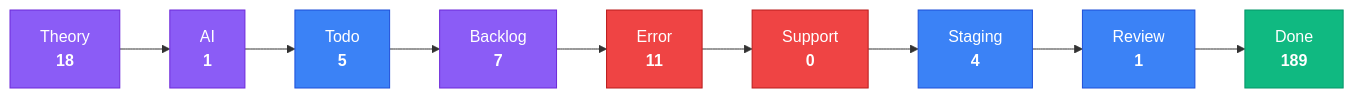
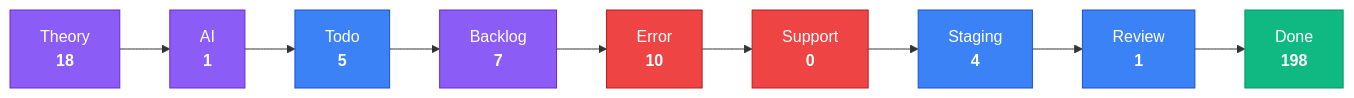
Before and after one commit to KBVE/kbve: the third of 4 diagrams in apps/kbve/astro-kbve/src/content/docs/dashboard/kanban.mdx, drawn with Mermaid. The commit also changed other lines of this file and 4 other files, not shown here.

````diff
--- a/apps/kbve/astro-kbve/src/content/docs/dashboard/kanban.mdx
+++ b/apps/kbve/astro-kbve/src/content/docs/dashboard/kanban.mdx
@@ -80,28 +80,28 @@
 ```mermaid
 flowchart LR
     classDef planning fill:#8b5cf6,stroke:#6d28d9,color:#fff
     classDef active fill:#3b82f6,stroke:#1d4ed8,color:#fff
     classDef blocked fill:#ef4444,stroke:#b91c1c,color:#fff
     classDef done fill:#10b981,stroke:#059669,color:#fff
     Theory["Theory<br/><strong>18</strong>"]
     Theory --> AI
     AI["AI<br/><strong>1</strong>"]
     AI --> Todo
     Todo["Todo<br/><strong>5</strong>"]
     Todo --> Backlog
     Backlog["Backlog<br/><strong>7</strong>"]
     Backlog --> Error
-    Error["Error<br/><strong>11</strong>"]
+    Error["Error<br/><strong>10</strong>"]
     Error --> Support
     Support["Support<br/><strong>0</strong>"]
     Support --> Staging
     Staging["Staging<br/><strong>4</strong>"]
     Staging --> Review
     Review["Review<br/><strong>1</strong>"]
     Review --> Done
-    Done["Done<br/><strong>189</strong>"]
+    Done["Done<br/><strong>198</strong>"]
     class Theory,AI,Backlog planning
     class Todo,Staging,Review active
     class Error,Support blocked
     class Done done
 ```
````
